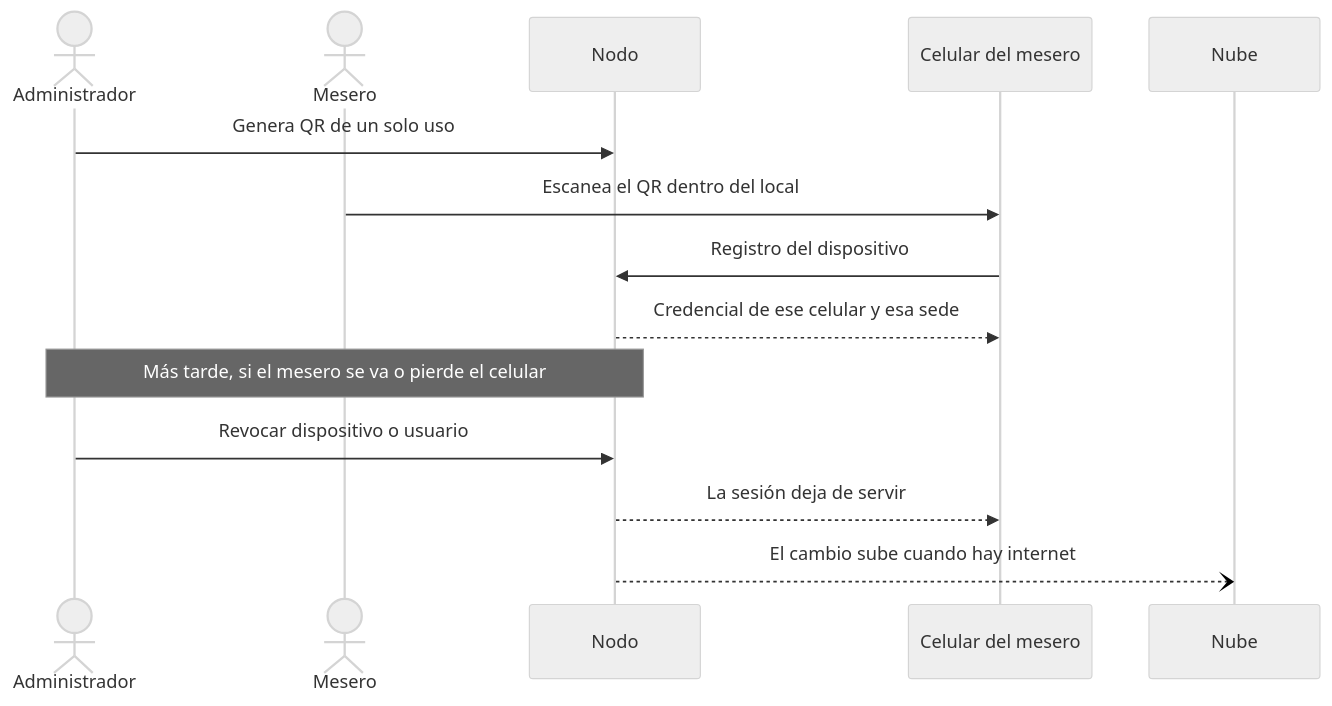
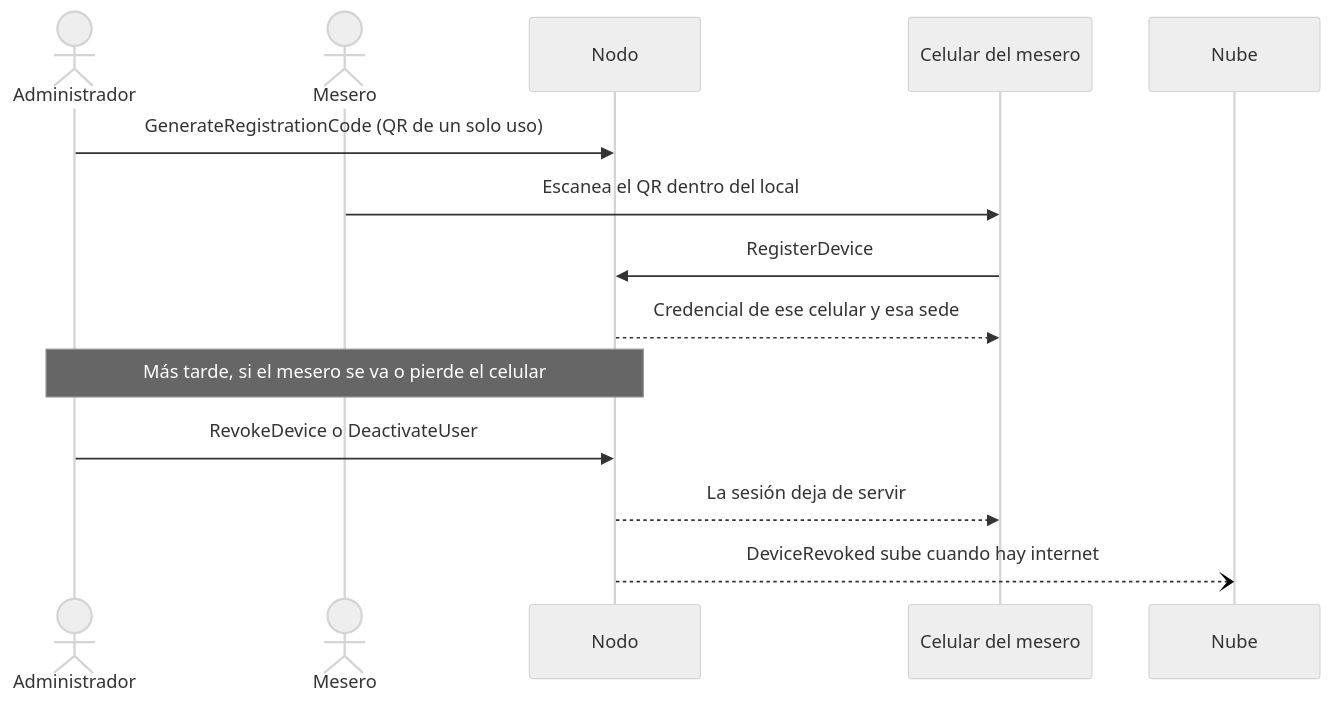
The fourth of 6 diagrams in docs/flujos/m0-plataforma.md (CesarJOtizM/blackHole), drawn with Mermaid (neutral theme) before and after one commit. The commit also changed other lines of this file and 159 other files, not shown here.

````diff
--- a/docs/flujos/m0-plataforma.md
+++ b/docs/flujos/m0-plataforma.md
@@ -90,16 +106,16 @@
 ```mermaid
 sequenceDiagram
   actor Admin as Administrador
   actor Mesero
   participant Nodo
   participant PWA as Celular del mesero
 
-  Admin->>Nodo: Genera QR de un solo uso
+  Admin->>Nodo: GenerateRegistrationCode (QR de un solo uso)
   Mesero->>PWA: Escanea el QR dentro del local
-  PWA->>Nodo: Registro del dispositivo
+  PWA->>Nodo: RegisterDevice
   Nodo-->>PWA: Credencial de ese celular y esa sede
   Note over Admin,Nodo: Más tarde, si el mesero se va o pierde el celular
-  Admin->>Nodo: Revocar dispositivo o usuario
+  Admin->>Nodo: RevokeDevice o DeactivateUser
   Nodo-->>PWA: La sesión deja de servir
-  Nodo--)Nube: El cambio sube cuando hay internet
+  Nodo--)Nube: DeviceRevoked sube cuando hay internet
 ```
````
